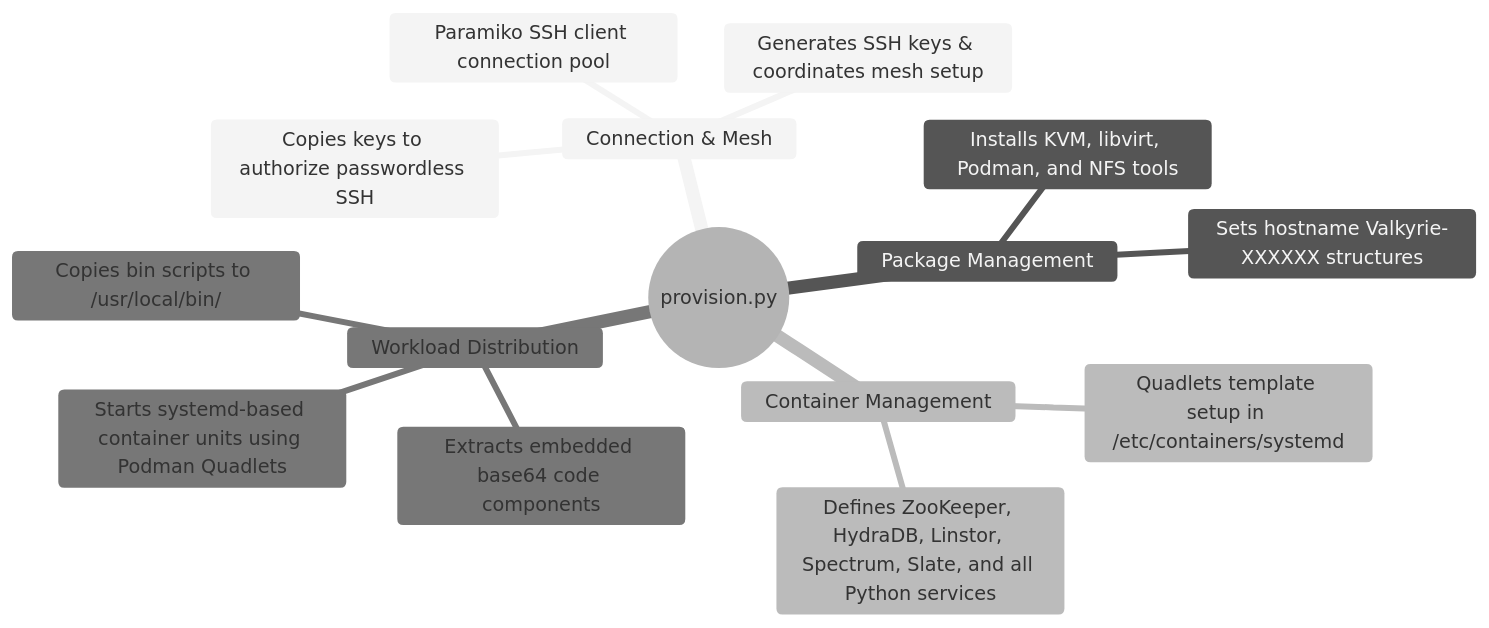
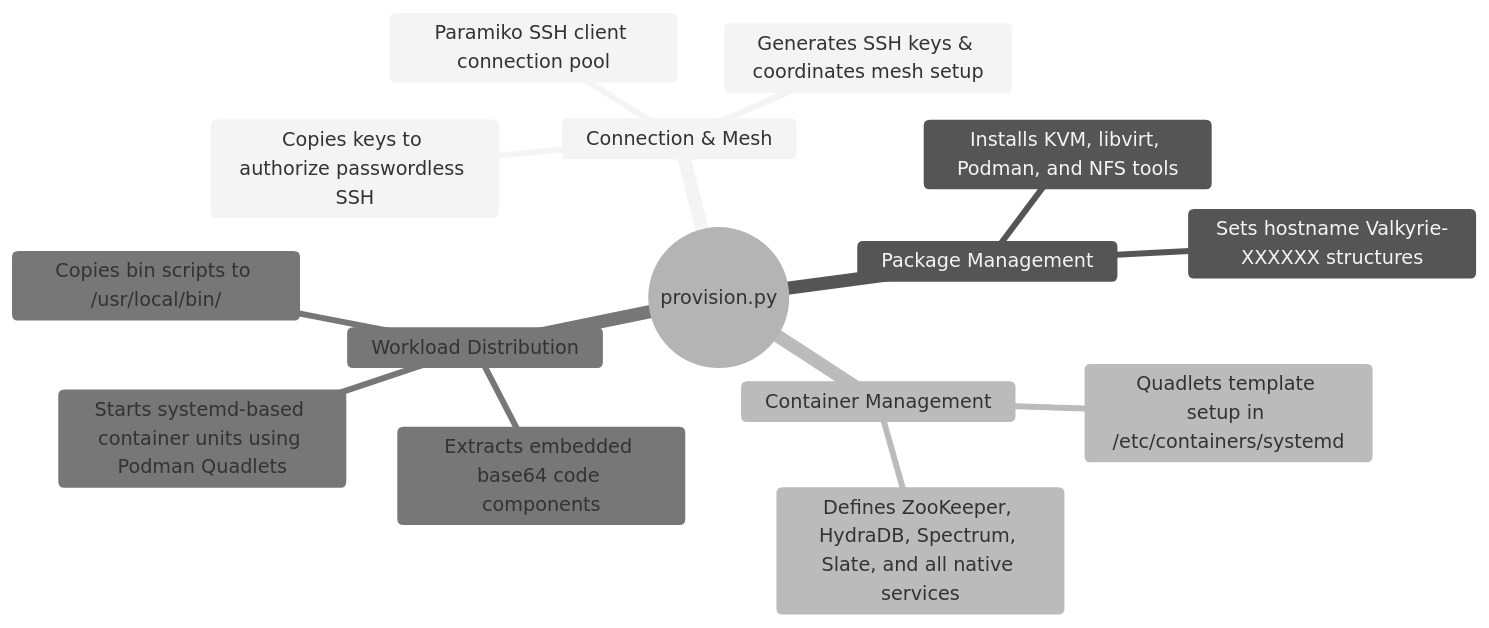
The diagram in docs/provision_technical.md (AuroraRyunix/Helios-HCI), drawn with Mermaid (neutral theme) before and after one commit. The commit also changed other lines of this file and 19 other files, not shown here.

````diff
--- a/docs/provision_technical.md
+++ b/docs/provision_technical.md
@@ -7,18 +7,18 @@
 ```mermaid
 mindmap
   root((provision.py))
     Connection & Mesh
       Paramiko SSH client connection pool
       Generates SSH keys & coordinates mesh setup
       Copies keys to authorize passwordless SSH
     Package Management
       Installs KVM, libvirt, Podman, and NFS tools
       Sets hostname Valkyrie-XXXXXX structures
     Container Management
       Quadlets template setup in /etc/containers/systemd
-      Defines ZooKeeper, HydraDB, Linstor, Spectrum, Slate, and all Python services
+      Defines ZooKeeper, HydraDB, Spectrum, Slate, and all native services
     Workload Distribution
       Extracts embedded base64 code components
       Copies bin scripts to /usr/local/bin/
       Starts systemd-based container units using Podman Quadlets
 ```
````
